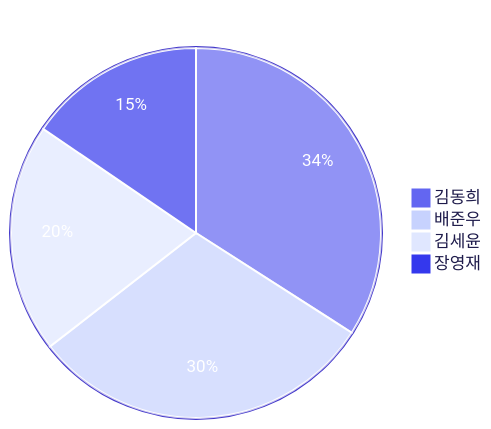
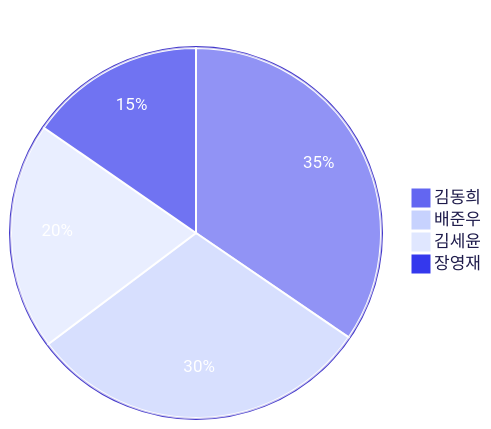
One commit to 3rd-project-team-1/ALYAC-market-team1 changed the third of 4 diagrams in README.md. Above: the diagram before and after it, drawn with Mermaid. The commit also changed other lines of this file, not shown here.

Commit message:
docs: 커밋 활동 차트 자동 업데이트 [skip ci]

````diff
--- a/README.md
+++ b/README.md
@@ -430,17 +430,17 @@
 ```mermaid
 %%{init: { 'theme': 'base', 'themeVariables': {
   'primaryColor': '#6366f1',
   'primaryTextColor': '#ffffff',
   'primaryBorderColor': '#4338ca',
   'secondaryColor': '#c7d2fe',
   'tertiaryColor': '#e0e7ff',
   'pieLegendTextColor': '#1e1b4b',
   'pieStrokeColor': '#ffffff',
   'pieOuterStrokeColor': '#4338ca'
 } } }%%
 pie title 기여자별 커밋 수
-  "김동희" : 187
+  "김동희" : 191
   "배준우" : 167
   "김세윤" : 110
   "장영재" : 85
 ```
````
